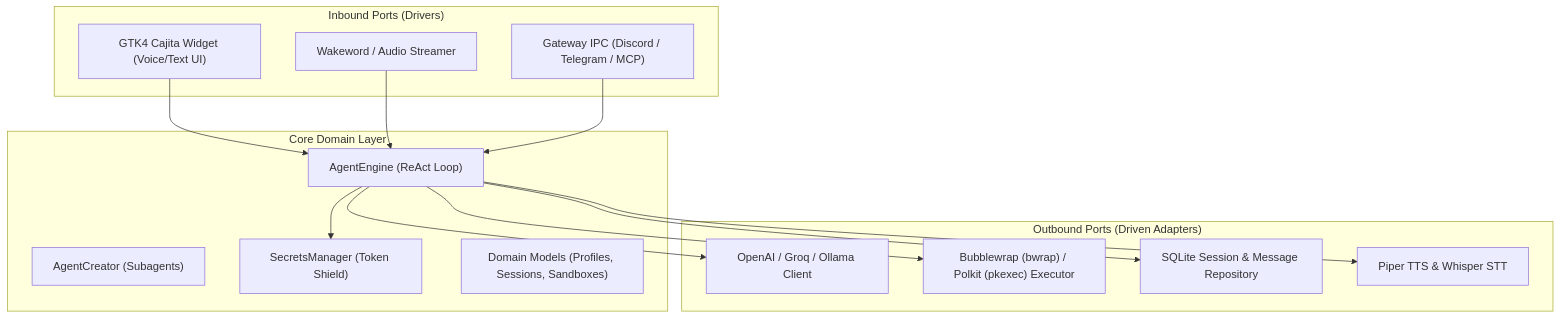
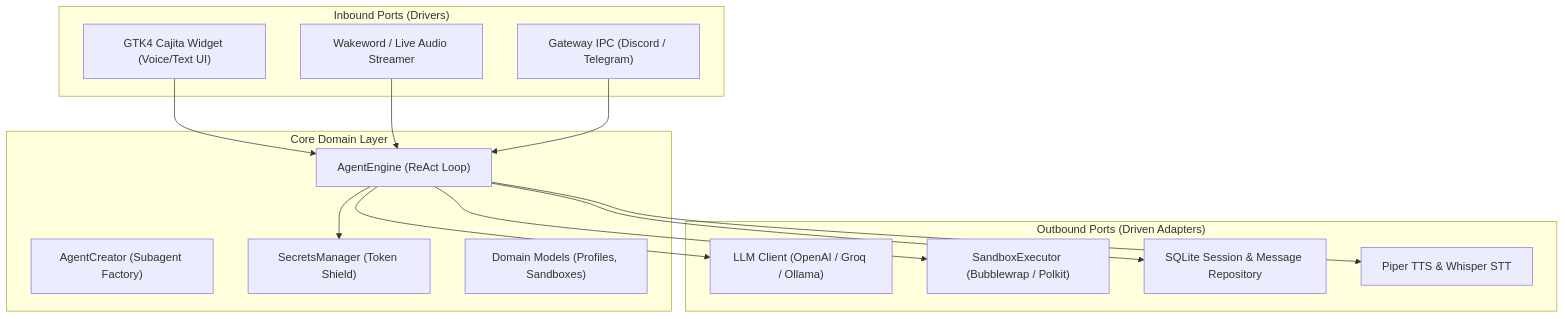
Before and after one commit to Inled-Pulsar-OS/os.inled.es: the first of 2 diagrams in src/data/help/architecture/sayri.md, drawn with Mermaid. The commit also changed other lines of this file and 3 other files, not shown here.

Commit message:
docs(sayri): explain bubblewrap sandbox architecture, add mermaid support and live OS theme detection

````diff
--- a/src/data/help/architecture/sayri.md
+++ b/src/data/help/architecture/sayri.md
@@ -17,32 +17,32 @@
 ```mermaid
 graph TD
     subgraph "Core Domain Layer"
         AgentEngine["AgentEngine (ReAct Loop)"]
-        AgentCreator["AgentCreator (Subagents)"]
+        AgentCreator["AgentCreator (Subagent Factory)"]
         SecretsMgr["SecretsManager (Token Shield)"]
-        Models["Domain Models (Profiles, Sessions, Sandboxes)"]
+        Models["Domain Models (Profiles, Sandboxes)"]
     end
 
     subgraph "Inbound Ports (Drivers)"
         CajitaUI["GTK4 Cajita Widget (Voice/Text UI)"]
-        WakewordPort["Wakeword / Audio Streamer"]
-        GatewayIPC["Gateway IPC (Discord / Telegram / MCP)"]
+        WakewordPort["Wakeword / Live Audio Streamer"]
+        GatewayIPC["Gateway IPC (Discord / Telegram)"]
     end
 
     subgraph "Outbound Ports (Driven Adapters)"
-        LLMAdapter["OpenAI / Groq / Ollama Client"]
-        SandboxAdapter["Bubblewrap (bwrap) / Polkit (pkexec) Executor"]
+        LLMAdapter["LLM Client (OpenAI / Groq / Ollama)"]
+        SandboxAdapter["SandboxExecutor (Bubblewrap / Polkit)"]
         StorageAdapter["SQLite Session & Message Repository"]
         AudioAdapter["Piper TTS & Whisper STT"]
     end
 
     CajitaUI --> AgentEngine
     WakewordPort --> AgentEngine
     GatewayIPC --> AgentEngine
 
     AgentEngine --> LLMAdapter
     AgentEngine --> SandboxAdapter
     AgentEngine --> StorageAdapter
     AgentEngine --> AudioAdapter
     AgentEngine --> SecretsMgr
 ```
````
